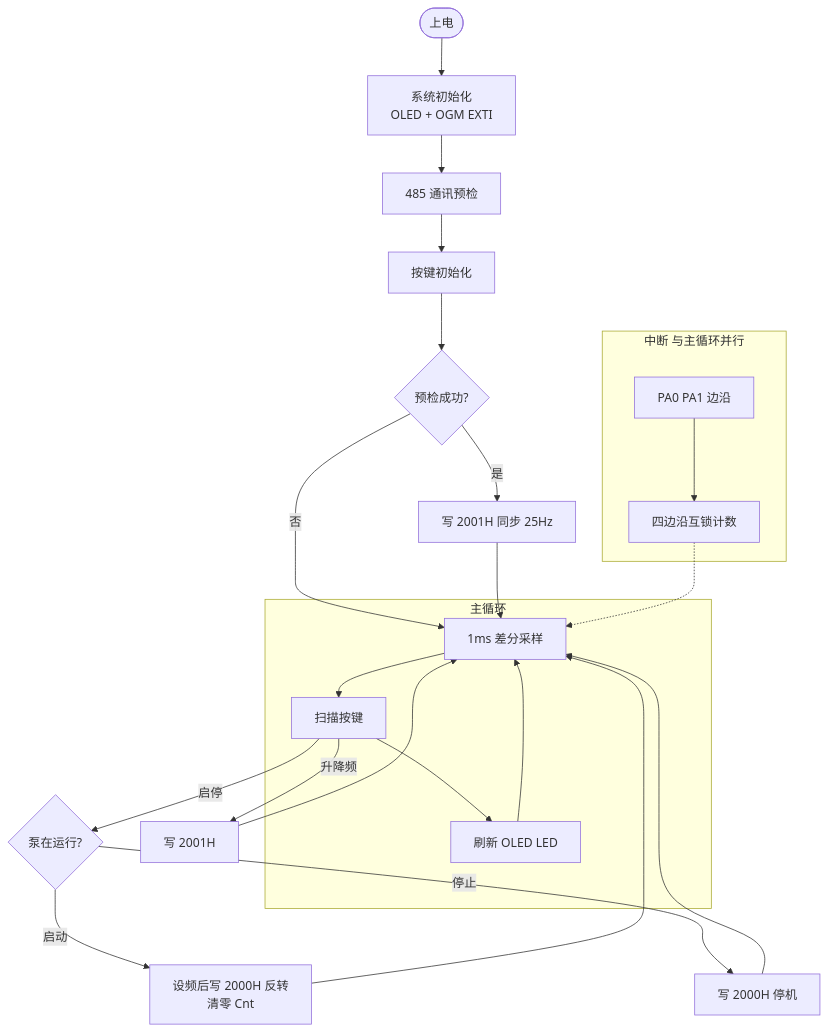
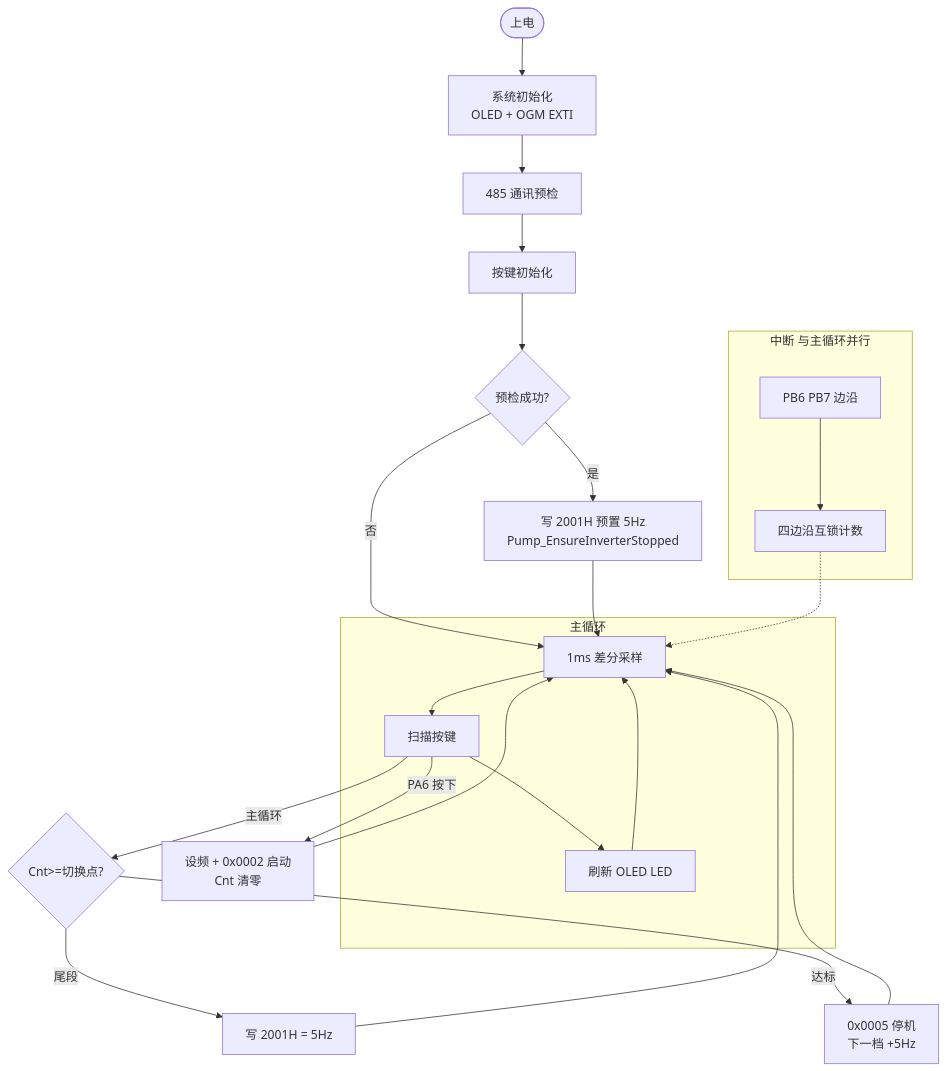
One commit to mdbsliguo/stm32_template_SPL changed the fifth of 6 diagrams in Examples/NPN/NPN03_Preset_Pump_SwAlgo/README.md. Above: the diagram before and after it, drawn with Mermaid. The commit also changed other lines of this file and 6 other files, not shown here.

````diff
--- a/Examples/NPN/NPN03_Preset_Pump_SwAlgo/README.md
+++ b/Examples/NPN/NPN03_Preset_Pump_SwAlgo/README.md
@@ -390,33 +417,33 @@
 ```mermaid
 flowchart TD
     START([上电]) --> INIT[系统初始化<br/>OLED + OGM EXTI]
     INIT --> COMM[485 通讯预检]
     COMM --> BTN[按键初始化]
     BTN --> SYNC{预检成功?}
 
     subgraph MAIN[主循环]
         L1[1ms 差分采样]
         L2[扫描按键]
         L3[刷新 OLED LED]
         L1 --> L2 --> L3 --> L1
     end
 
-    SYNC -->|是| WR_FREQ[写 2001H 同步 25Hz]
+    SYNC -->|是| WR_FREQ[写 2001H 预置 5Hz<br/>Pump_EnsureInverterStopped]
     SYNC -->|否| L1
     WR_FREQ --> L1
 
-    L2 -->|升降频| FREQ[写 2001H]
-    L2 -->|启停| RUN{泵在运行?}
-    RUN -->|启动| START_SEQ[设频后写 2000H 反转<br/>清零 Cnt]
-    RUN -->|停止| STOP_SEQ[写 2000H 停机]
+    L2 -->|PA6 按下| TEST_START[设频 + 0x0002 启动<br/>Cnt 清零]
+    L2 -->|主循环| AUTO{Cnt>=切换点?}
+    AUTO -->|尾段| TAIL[写 2001H = 5Hz]
+    AUTO -->|达标| STOP_SEQ[0x0005 停机<br/>下一档 +5Hz]
 
-    FREQ --> L1
-    START_SEQ --> L1
+    TEST_START --> L1
+    TAIL --> L1
     STOP_SEQ --> L1
 
     subgraph INT[中断 与主循环并行]
-        I1[PA0 PA1 边沿] --> I2[四边沿互锁计数]
+        I1[PB6 PB7 边沿] --> I2[四边沿互锁计数]
     end
 
     I2 -.-> L1
 ```
````
